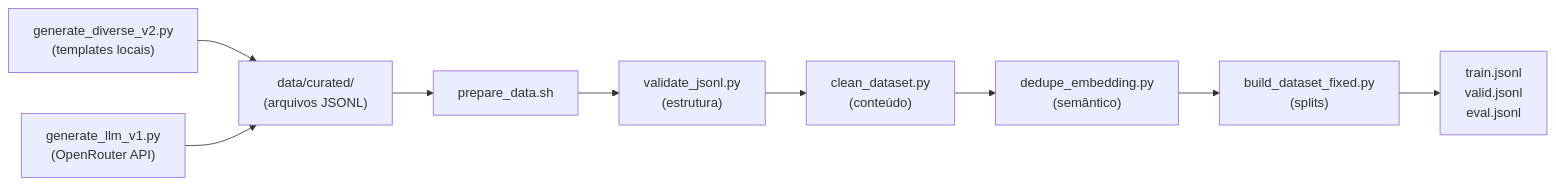
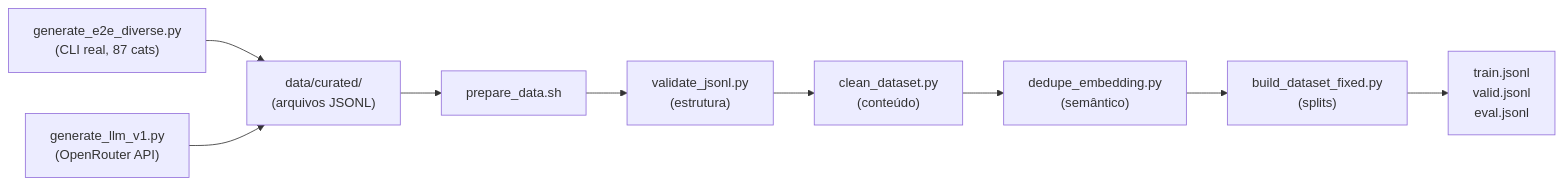
The second of 2 diagrams in README.md (otavio-lemos/olia-2-oci), drawn with Mermaid before and after one commit. The commit also changed other lines of this file and 127 other files, not shown here.

First line of the commit message:
feat: upgrade dataset with generate_e2e_diverse.py (87 cats, 180 ex/cat, 10.299 deduped)

````diff
--- a/README.md
+++ b/README.md
@@ -146,11 +145,11 @@
 ```mermaid
 flowchart LR
-    A1["generate_diverse_v2.py\n(templates locais)"] --> C
+    A1["generate_e2e_diverse.py\n(CLI real, 87 cats)"] --> C
     A2["generate_llm_v1.py\n(OpenRouter API)"] --> C
     C["data/curated/\n(arquivos JSONL)"] --> D["prepare_data.sh"]
     D --> E["validate_jsonl.py\n(estrutura)"]
     E --> F["clean_dataset.py\n(conteúdo)"]
     F --> G["dedupe_embedding.py\n(semântico)"]
     G --> H["build_dataset_fixed.py\n(splits)"]
     H --> I["train.jsonl\nvalid.jsonl\neval.jsonl"]
 ```
````
